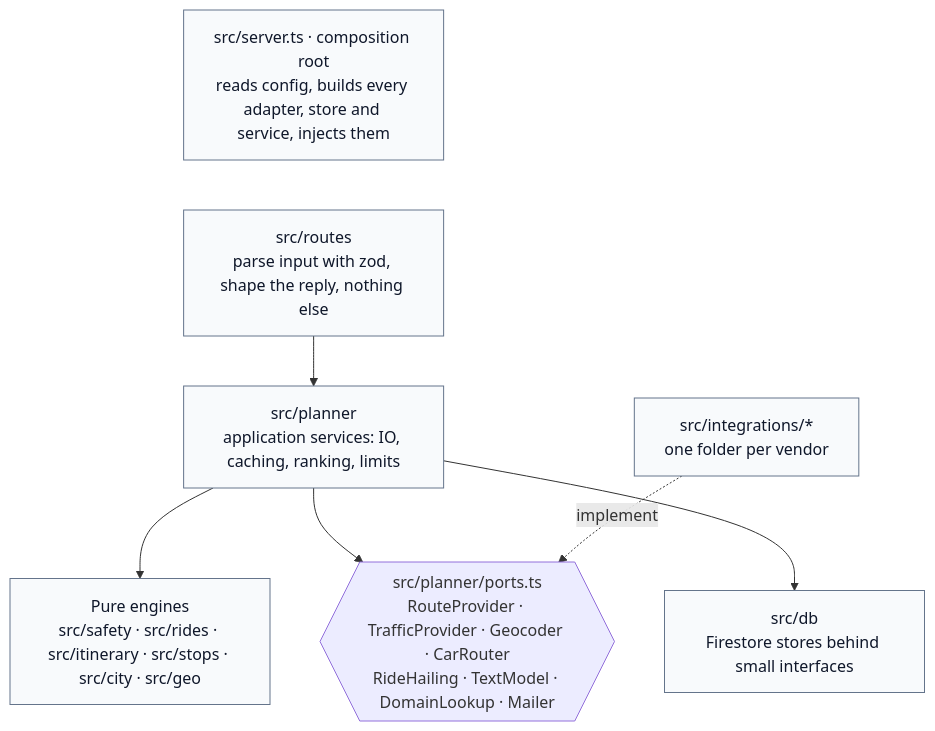
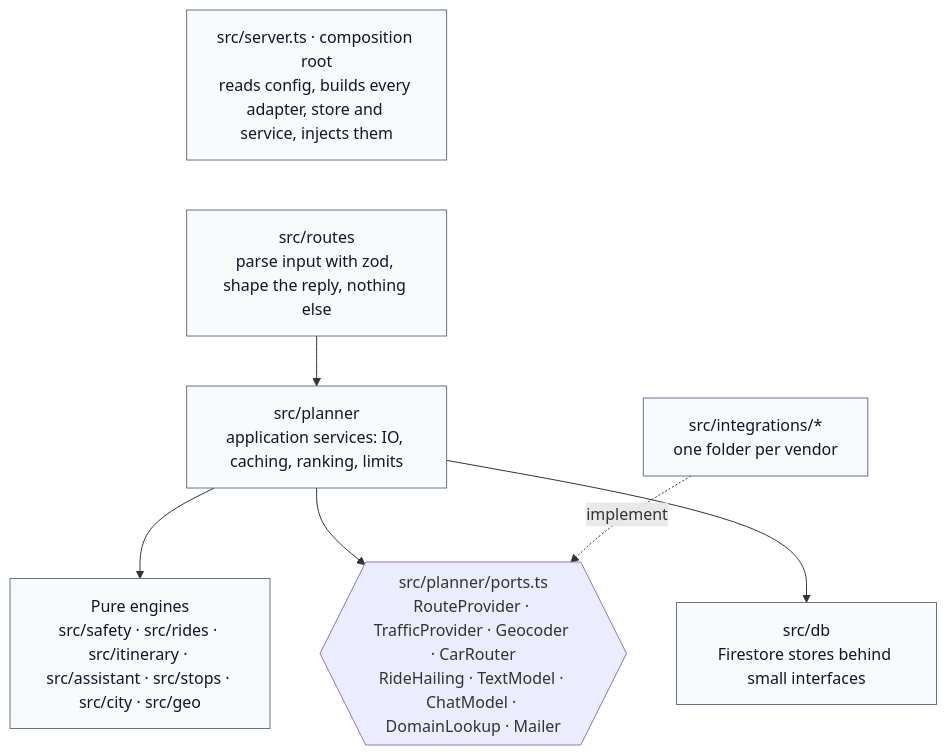
The fourth of 19 diagrams in README.md (Pawandeep24/musafira), drawn with Mermaid before and after one commit. The commit also changed other lines of this file and 33 other files, not shown here.

````diff
--- a/README.md
+++ b/README.md
@@ -239,16 +247,16 @@
 ```mermaid
 flowchart TB
   classDef box fill:#f8fafc,stroke:#64748b,color:#0f172a
   routes["src/routes<br/>parse input with zod, shape the reply, nothing else"]:::box
   services["src/planner<br/>application services: IO, caching, ranking, limits"]:::box
-  engines["Pure engines<br/>src/safety · src/rides · src/itinerary · src/stops · src/city · src/geo"]:::box
-  ports{{"src/planner/ports.ts<br/>RouteProvider · TrafficProvider · Geocoder · CarRouter<br/>RideHailing · TextModel · DomainLookup · Mailer"}}
+  engines["Pure engines<br/>src/safety · src/rides · src/itinerary · src/assistant · src/stops · src/city · src/geo"]:::box
+  ports{{"src/planner/ports.ts<br/>RouteProvider · TrafficProvider · Geocoder · CarRouter<br/>RideHailing · TextModel · ChatModel · DomainLookup · Mailer"}}
   adapters["src/integrations/*<br/>one folder per vendor"]:::box
   db["src/db<br/>Firestore stores behind small interfaces"]:::box
   server["src/server.ts · composition root<br/>reads config, builds every adapter, store and service, injects them"]:::box
   server ~~~ routes
   routes --> services --> engines
   services --> ports
   services --> db
   adapters -.->|implement| ports
 ```
````
